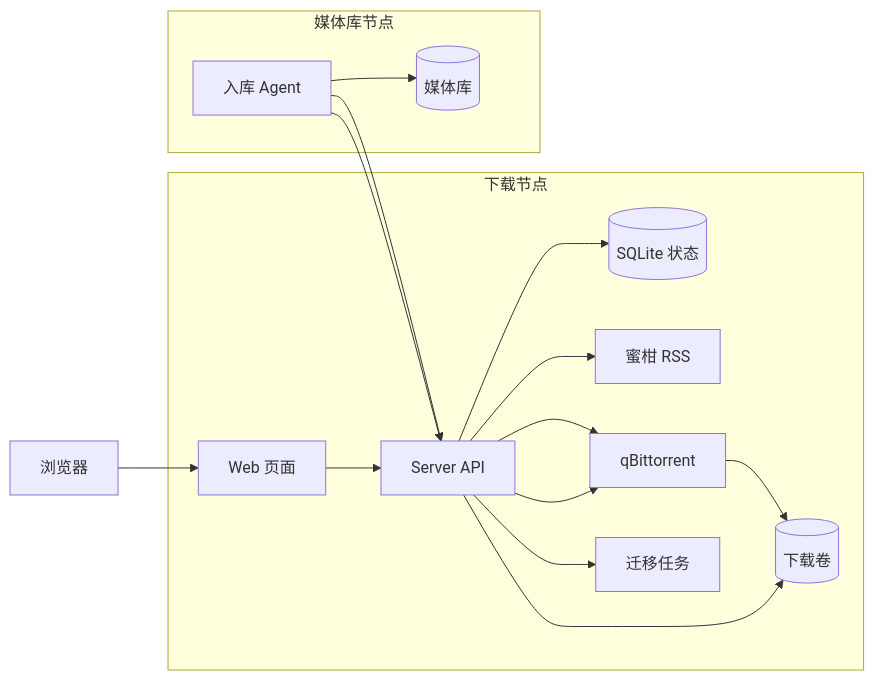
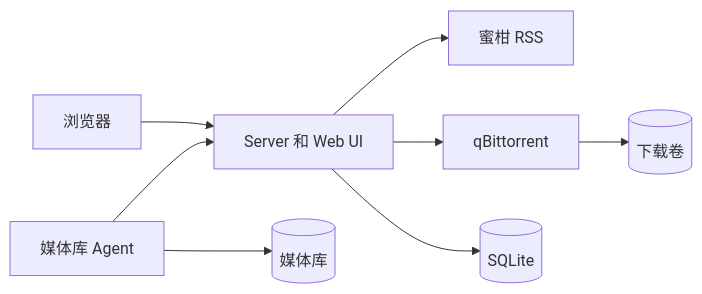
Before and after one commit to techiall/auto-bangumi: the diagram in README.zh-CN.md, drawn with Mermaid. The commit also changed other lines of this file and 7 other files, not shown here.

````diff
--- a/README.zh-CN.md
+++ b/README.zh-CN.md
@@ -42,24 +36,10 @@
 ```mermaid
 graph LR
-  User[浏览器] --> Web[Web 页面]
-
-  subgraph DownloadNode["下载节点"]
-    Web --> Server[Server API]
-    Server --> SQLite[(SQLite 状态)]
-    Server --> Mikan[蜜柑 RSS]
-    Server --> QB[qBittorrent]
-    QB --> Download[(下载卷)]
-    Server --> Jobs[迁移任务]
-  end
-
-  subgraph LibraryNode["媒体库节点"]
-    Agent[入库 Agent]
-    Library[(媒体库)]
-  end
-
-  Agent --> Server
-  Server --> Download
-  Agent --> Library
-  Agent --> Server
-  Server --> QB
+  User["浏览器"] --> Server["Server 和 Web UI"]
+  Server --> Mikan["蜜柑 RSS"]
+  Server --> QB["qBittorrent"]
+  Server --> DB[("SQLite")]
+  QB --> Downloads[("下载卷")]
+  Agent["媒体库 Agent"] --> Server
+  Agent --> Library[("媒体库")]
 ```
````
